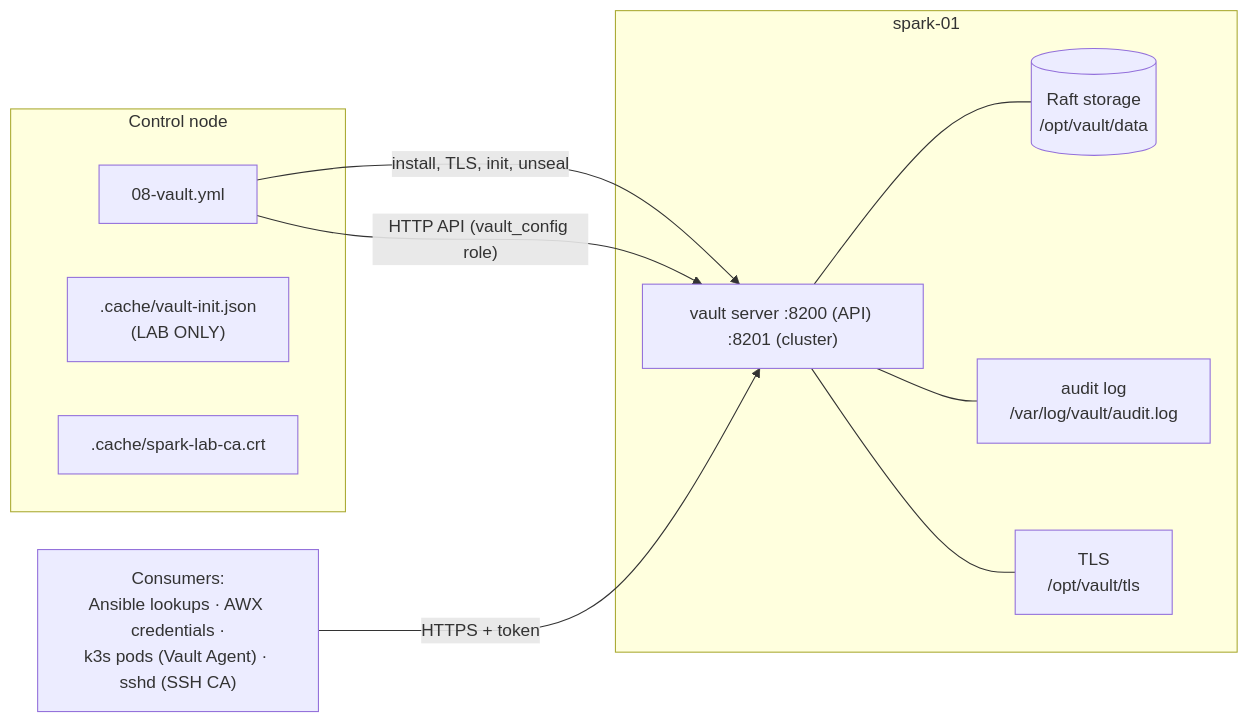
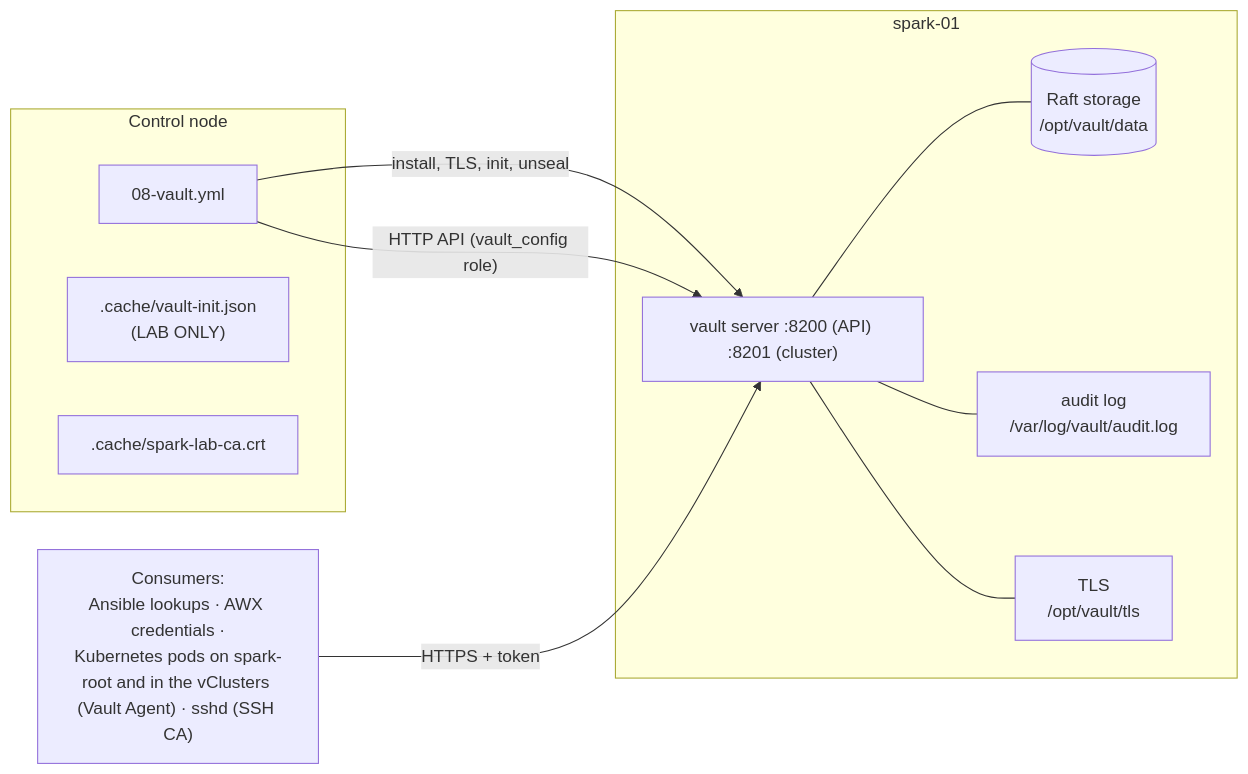
The first of 2 diagrams in 01 Ansible/03-hashicorp-vault-deep-dive.md (cloudone365/technical-depth), drawn with Mermaid before and after one commit. The commit also changed other lines of this file and 53 other files, not shown here.

First line of the commit message:
Rewrite 01 Ansible and 02 Kubernetes volumes for the kubeadm root + two vClusters

````diff
--- a/01 Ansible/03-hashicorp-vault-deep-dive.md
+++ b/01 Ansible/03-hashicorp-vault-deep-dive.md
@@ -20,18 +20,18 @@
 ```mermaid
 flowchart LR
   subgraph CN[Control node]
     PB["08-vault.yml"]
     INIT[".cache/vault-init.json<br/>(LAB ONLY)"]
     CA[".cache/spark-lab-ca.crt"]
   end
   subgraph S1["spark-01"]
     V["vault server :8200 (API) :8201 (cluster)"]
     R[("Raft storage<br/>/opt/vault/data")]
     A["audit log<br/>/var/log/vault/audit.log"]
     T["TLS<br/>/opt/vault/tls"]
   end
   PB -->|install, TLS, init, unseal| V
   PB -->|"HTTP API (vault_config role)"| V
   V --- R & A & T
-  CONS["Consumers:<br/>Ansible lookups · AWX credentials ·<br/>k3s pods (Vault Agent) · sshd (SSH CA)"] -->|HTTPS + token| V
+  CONS["Consumers:<br/>Ansible lookups · AWX credentials ·<br/>Kubernetes pods on spark-root and in the vClusters (Vault Agent) · sshd (SSH CA)"] -->|HTTPS + token| V
 ```
````
